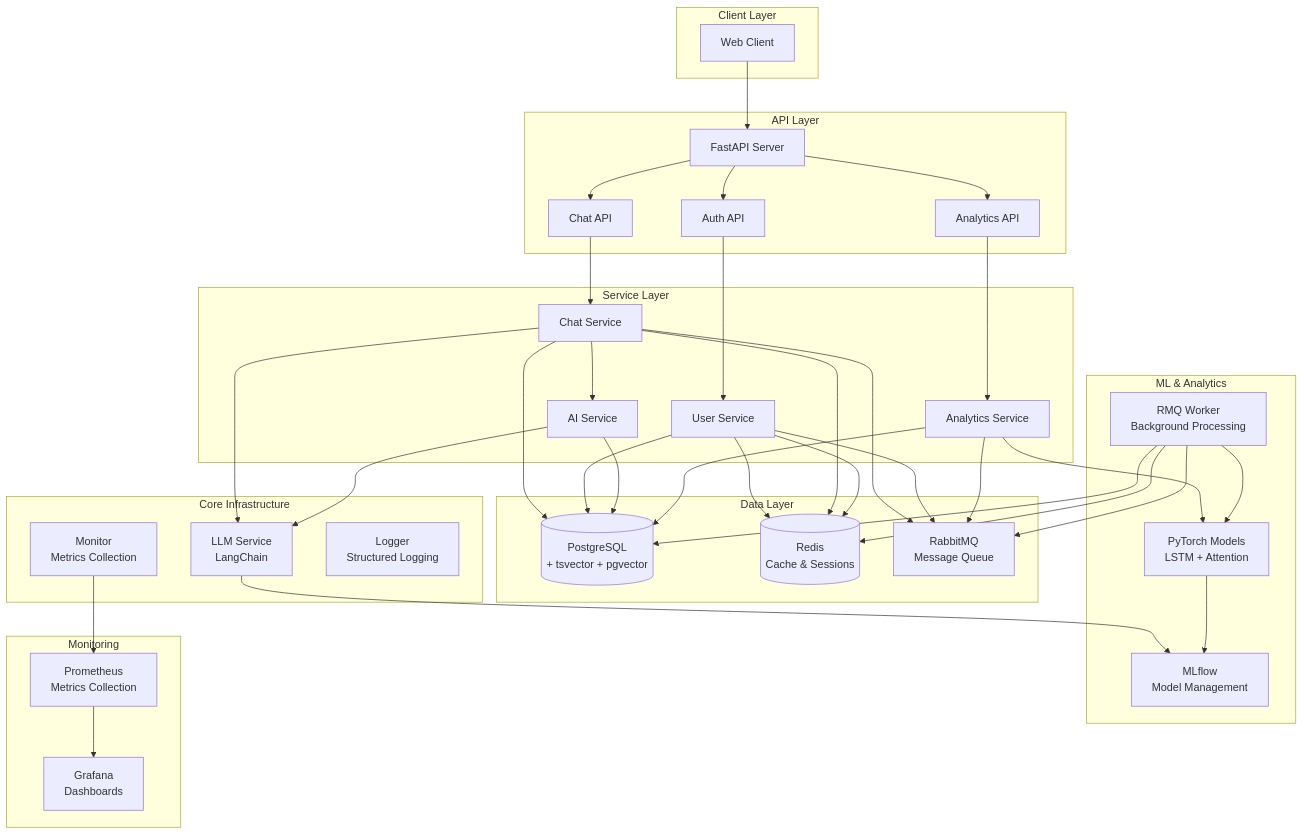
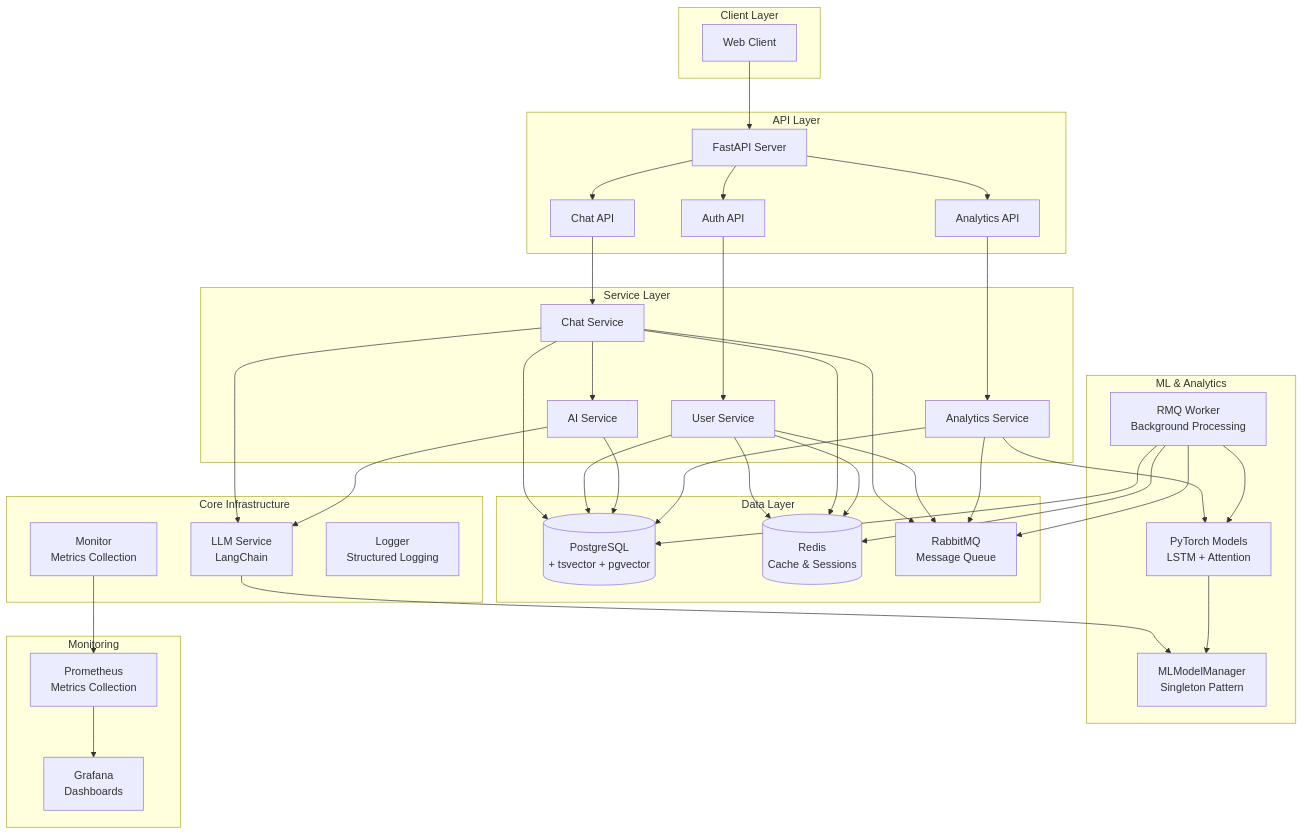
The first of 2 diagrams in README.md (darams4863/escape-room-with-ai), drawn with Mermaid before and after one commit. The commit also changed other lines of this file and 20 other files, not shown here.

````diff
--- a/README.md
+++ b/README.md
@@ -223,81 +223,81 @@
 ```mermaid
 graph TB
     subgraph "Client Layer"
         C[Web Client]
     end
 
     subgraph "API Layer"
         A[FastAPI Server]
         A1[Auth API]
         A2[Chat API]
         A3[Analytics API]
     end
 
     subgraph "Service Layer"
         S1[Chat Service]
         S2[User Service]
         S3[AI Service]
         S4[Analytics Service]
     end
 
     subgraph "Core Infrastructure"
         LLM[LLM Service<br/>LangChain]
         MON[Monitor<br/>Metrics Collection]
         LOG[Logger<br/>Structured Logging]
     end
 
     subgraph "Data Layer"
         PG[(PostgreSQL<br/>+ tsvector + pgvector)]
         RD[(Redis<br/>Cache & Sessions)]
         RMQ[RabbitMQ<br/>Message Queue]
     end
 
     subgraph "ML & Analytics"
         ML[PyTorch Models<br/>LSTM + Attention]
-        MLF[MLflow<br/>Model Management]
+        MLF[MLModelManager<br/>Singleton Pattern]
         WORK[RMQ Worker<br/>Background Processing]
     end
 
     subgraph "Monitoring"
         PROM[Prometheus<br/>Metrics Collection]
         GRAF[Grafana<br/>Dashboards]
     end
 
     C --> A
     A --> A1
     A --> A2
     A --> A3
 
     A1 --> S2
     A2 --> S1
     A3 --> S4
 
     S1 --> S3
     S1 --> LLM
     S2 --> RD
     S3 --> LLM
     S4 --> ML
 
     S1 --> PG
     S2 --> PG
     S3 --> PG
     S4 --> PG
 
     S1 --> RD
     S2 --> RD
 
     S1 --> RMQ
     S2 --> RMQ
     S4 --> RMQ
 
     WORK --> RMQ
     WORK --> PG
     WORK --> RD
     WORK --> ML
 
     MON --> PROM
     PROM --> GRAF
 
     LLM --> MLF
     ML --> MLF
 ```
````
